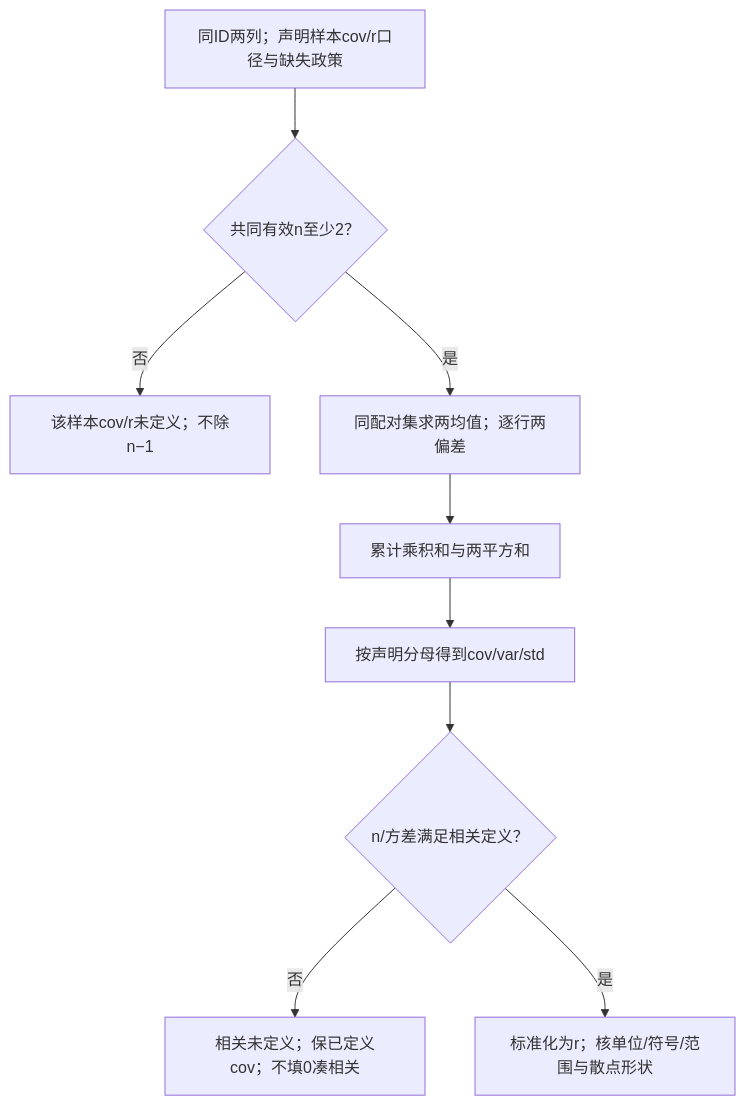
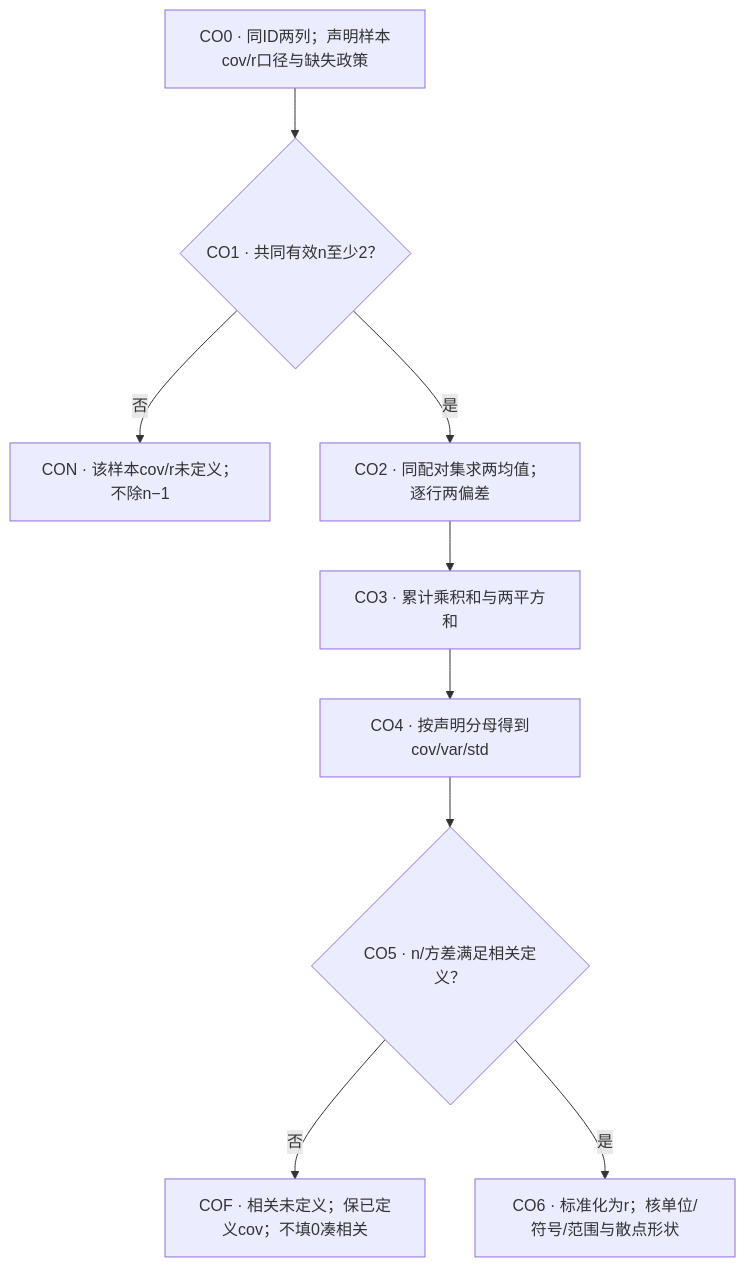
The seventh of 20 diagrams in IS6400_Business_Data_Analytics/notes/M03-数据类型与描述性分析.md (CercaTrovato/cityu-ai-course-notes), drawn with Mermaid before and after one commit. The commit also changed other lines of this file and 40 other files, not shown here.

First line of the commit message:
完成 IS6400 M03 全篇审修、原题图保真与适用同步

````diff
--- a/IS6400_Business_Data_Analytics/notes/M03-数据类型与描述性分析.md
+++ b/IS6400_Business_Data_Analytics/notes/M03-数据类型与描述性分析.md
@@ -2227,11 +2419,11 @@
 ```mermaid
 flowchart TD
-    CO0["同ID两列；声明样本cov/r口径与缺失政策"] --> CO1{"共同有效n至少2？"}
-    CO1 -->|否| CON["该样本cov/r未定义；不除n−1"]
-    CO1 -->|是| CO2["同配对集求两均值；逐行两偏差"]
-    CO2 --> CO3["累计乘积和与两平方和"]
-    CO3 --> CO4["按声明分母得到cov/var/std"]
-    CO4 --> CO5{"n/方差满足相关定义？"}
-    CO5 -->|否| COF["相关未定义；保已定义cov；不填0凑相关"]
-    CO5 -->|是| CO6["标准化为r；核单位/符号/范围与散点形状"]
+    CO0["CO0 · 同ID两列；声明样本cov/r口径与缺失政策"] --> CO1{"CO1 · 共同有效n至少2？"}
+    CO1 -->|否| CON["CON · 该样本cov/r未定义；不除n−1"]
+    CO1 -->|是| CO2["CO2 · 同配对集求两均值；逐行两偏差"]
+    CO2 --> CO3["CO3 · 累计乘积和与两平方和"]
+    CO3 --> CO4["CO4 · 按声明分母得到cov/var/std"]
+    CO4 --> CO5{"CO5 · n/方差满足相关定义？"}
+    CO5 -->|否| COF["COF · 相关未定义；保已定义cov；不填0凑相关"]
+    CO5 -->|是| CO6["CO6 · 标准化为r；核单位/符号/范围与散点形状"]
 ```
````
